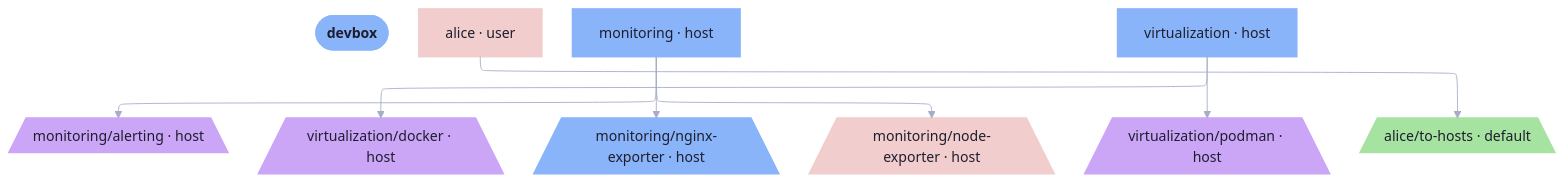
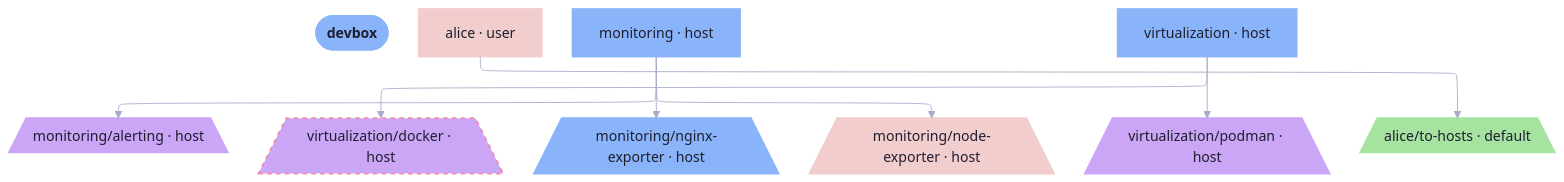
Before and after one commit to sini/den: the diagram in templates/diag-fx-demo/diagrams/devbox-providers.md, drawn with Mermaid. The commit also changed 526 other files, not shown here.

Commit message:
chore: update fx diagrams

````diff
--- a/templates/diag-fx-demo/diagrams/devbox-providers.md
+++ b/templates/diag-fx-demo/diagrams/devbox-providers.md
@@ -5,32 +5,32 @@
 ```mermaid
 %%{init: {"elk":{"mergeEdges":true,"nodePlacementStrategy":"BRANDES_KOEPF"},"layout":"elk","theme":"base","themeVariables":{"activationBkgColor":"#313244","activationBorderColor":"#6c7086","actorBkg":"#313244","actorBorder":"#a6adc8","actorLineColor":"#a6adc8","actorTextColor":"#cdd6f4","background":"#1e1e2e","classText":"#cdd6f4","clusterBkg":"#313244","clusterBorder":"#6c7086","edgeLabelBackground":"#1e1e2e","labelBoxBkgColor":"#313244","labelBoxBorderColor":"#a6adc8","labelTextColor":"#cdd6f4","lineColor":"#a6adc8","loopTextColor":"#cdd6f4","mainBkg":"#313244","nodeBkg":"#313244","nodeBorder":"#a6adc8","nodeTextColor":"#cdd6f4","noteBkgColor":"#313244","noteBorderColor":"#6c7086","noteTextColor":"#cdd6f4","pie1":"#f38ba8","pie2":"#fab387","pie3":"#f9e2af","pie4":"#a6e3a1","pie5":"#94e2d5","pie6":"#89b4fa","pie7":"#cba6f7","pie8":"#f2cdcd","pieLegendTextColor":"#cdd6f4","pieOuterStrokeColor":"#6c7086","pieSectionTextColor":"#cdd6f4","pieStrokeColor":"#6c7086","pieTitleTextColor":"#cdd6f4","primaryBorderColor":"#a6adc8","primaryColor":"#313244","primaryTextColor":"#cdd6f4","secondBkg":"#313244","secondaryBorderColor":"#6c7086","secondaryColor":"#313244","secondaryTextColor":"#cdd6f4","sequenceNumberColor":"#1e1e2e","signalColor":"#a6adc8","signalTextColor":"#cdd6f4","tertiaryBorderColor":"#6c7086","tertiaryColor":"#313244","tertiaryTextColor":"#cdd6f4","textColor":"#cdd6f4","titleColor":"#cdd6f4"}}}%%
 graph TD
   devbox([devbox]):::root
   monitoring__alerting[/"monitoring/alerting · host"\]:::monitoring__alerting_c
   alice["alice · user"]:::alice_c
   virtualization__docker[/"virtualization/docker · host"\]:::virtualization__docker_c
   monitoring["monitoring · host"]:::monitoring_c
   monitoring__nginx_exporter[/"monitoring/nginx-exporter · host"\]:::monitoring__nginx_exporter_c
   monitoring__node_exporter[/"monitoring/node-exporter · host"\]:::monitoring__node_exporter_c
   virtualization__podman[/"virtualization/podman · host"\]:::virtualization__podman_c
   alice__to_hosts[/"alice/to-hosts · default"\]:::alice__to_hosts_c
   virtualization["virtualization · host"]:::virtualization_c
 
   monitoring --> monitoring__alerting
   virtualization --> virtualization__docker
   monitoring --> monitoring__nginx_exporter
   monitoring --> monitoring__node_exporter
   virtualization --> virtualization__podman
   alice --> alice__to_hosts
 
   classDef root fill:#89b4fa,stroke:#89b4fa,color:#1e1e2e,font-weight:bold
   classDef monitoring__alerting_c fill:#cba6f7,stroke:#cba6f7,color:#1e1e2e,stroke-width:2px
   classDef alice_c fill:#f2cdcd,stroke:#f2cdcd,color:#1e1e2e,stroke-width:2px
-  classDef virtualization__docker_c fill:#cba6f7,stroke:#cba6f7,color:#1e1e2e,stroke-width:2px
+  classDef virtualization__docker_c fill:#cba6f7,stroke:#f38ba8,color:#1e1e2e,stroke-dasharray: 5 5,stroke-width:2px
   classDef monitoring_c fill:#89b4fa,stroke:#89b4fa,color:#1e1e2e,stroke-width:2px
   classDef monitoring__nginx_exporter_c fill:#89b4fa,stroke:#89b4fa,color:#1e1e2e,stroke-width:2px
   classDef monitoring__node_exporter_c fill:#f2cdcd,stroke:#f2cdcd,color:#1e1e2e,stroke-width:2px
   classDef virtualization__podman_c fill:#cba6f7,stroke:#cba6f7,color:#1e1e2e,stroke-width:2px
   classDef alice__to_hosts_c fill:#a6e3a1,stroke:#a6e3a1,color:#1e1e2e,stroke-width:2px
   classDef virtualization_c fill:#89b4fa,stroke:#89b4fa,color:#1e1e2e,stroke-width:2px
 ```
````
